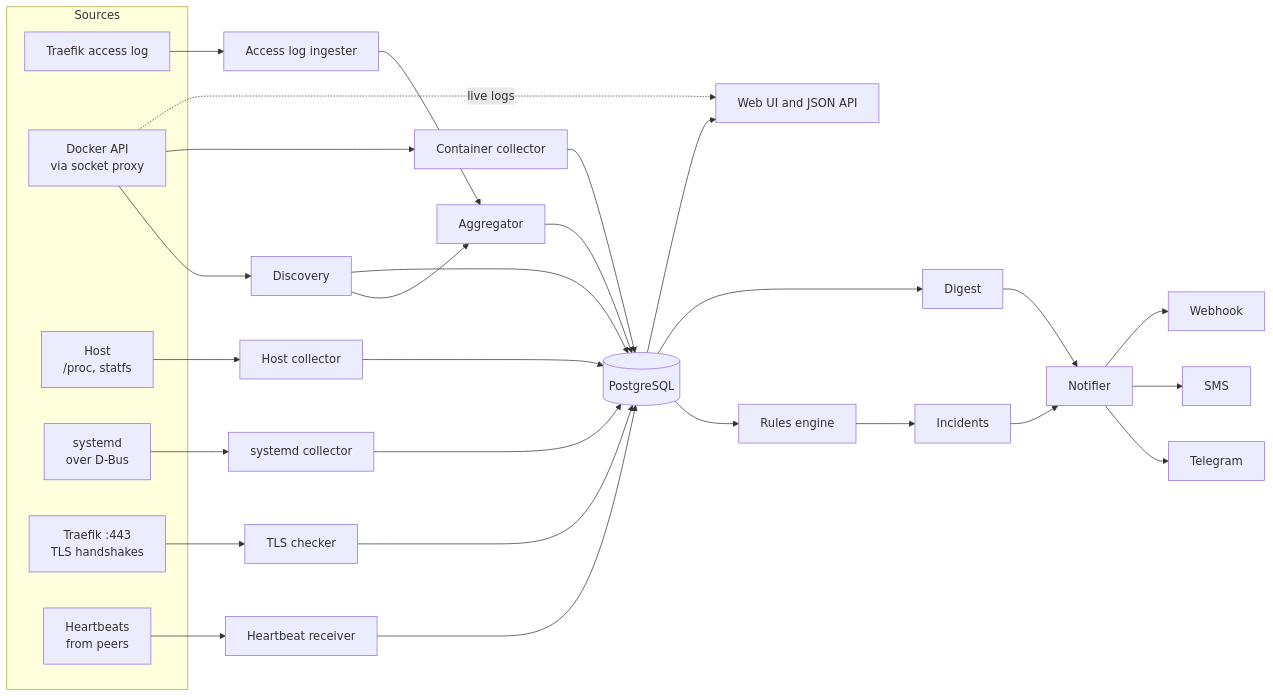
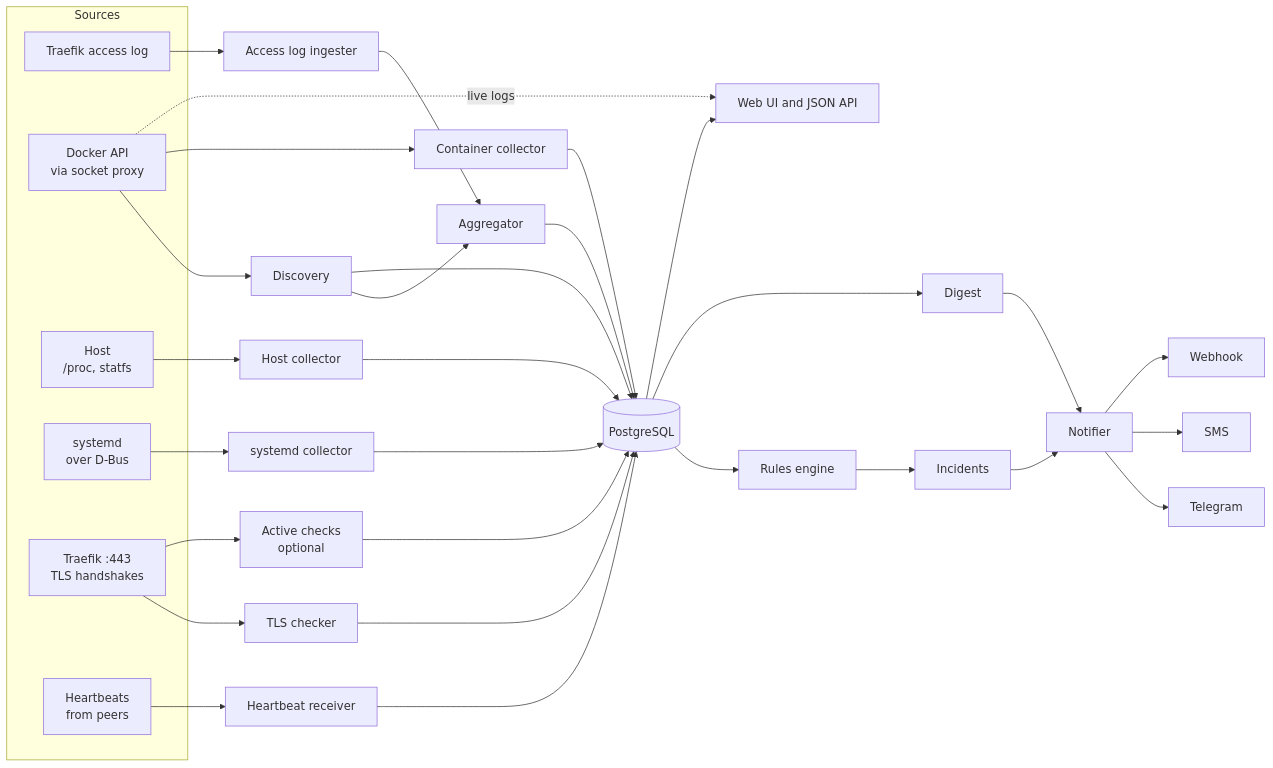
One commit to mmrzaf/raedar changed the diagram in docs/architecture.md. Above: the diagram before and after it, drawn with Mermaid. The commit also changed other lines of this file and 7 other files, not shown here.

````diff
--- a/docs/architecture.md
+++ b/docs/architecture.md
@@ -5,35 +5,37 @@
 ```mermaid
 flowchart LR
   subgraph Sources
     AL[Traefik access log]
     DK[Docker API<br/>via socket proxy]
     HS[Host<br/>/proc, statfs]
     SD[systemd<br/>over D-Bus]
     TL[Traefik :443<br/>TLS handshakes]
     HB[Heartbeats<br/>from peers]
   end
 
   AL --> ING[Access log ingester] --> AGG[Aggregator]
   DK --> DIS[Discovery]
   DK --> CS[Container collector]
   HS --> HC[Host collector]
   SD --> SC[systemd collector]
   TL --> TC[TLS checker]
+  TL --> PC[Active checks<br/>optional]
+  PC --> DB
   DIS --> AGG
 
   AGG --> DB[(PostgreSQL)]
   CS --> DB
   HC --> DB
   SC --> DB
   TC --> DB
   DIS --> DB
   HB --> RX[Heartbeat receiver] --> DB
 
   DB --> RU[Rules engine] --> IN[Incidents] --> NO[Notifier]
   NO --> TG[Telegram]
   NO --> SMS[SMS]
   NO --> WH[Webhook]
   DB --> DG[Digest] --> NO
   DB --> WEB[Web UI and JSON API]
   DK -. live logs .-> WEB
 ```
````
